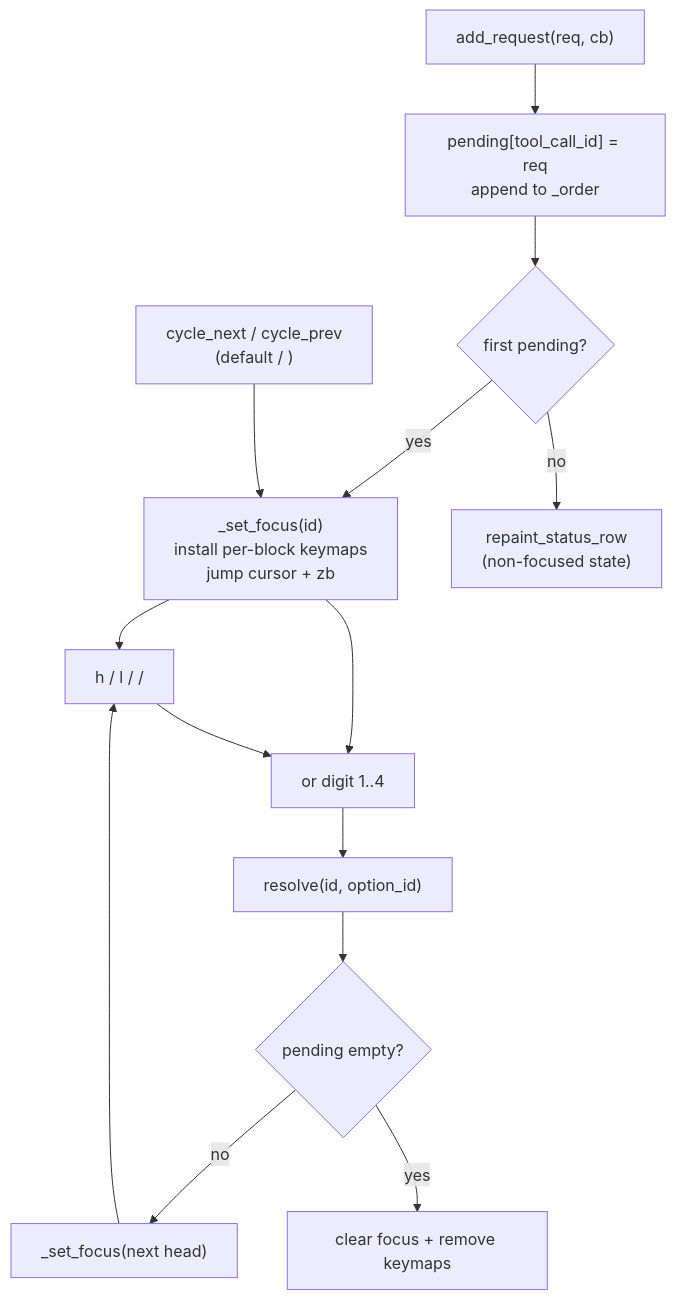
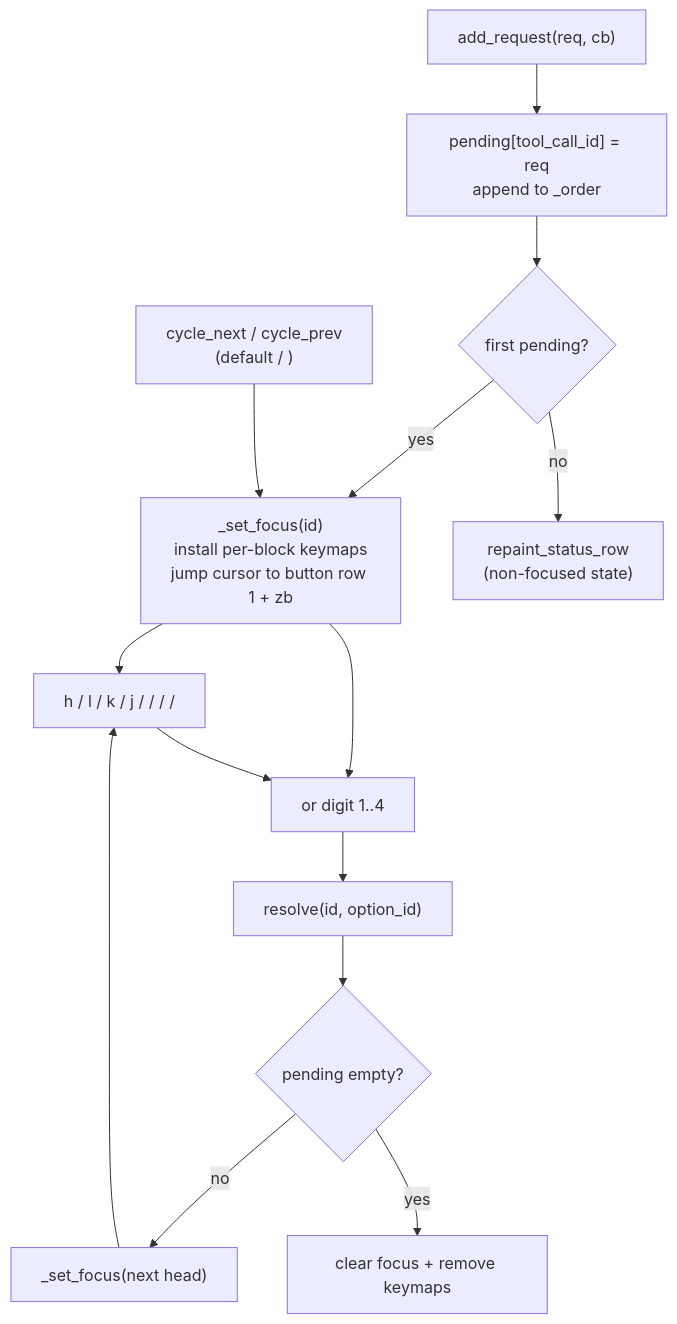
One commit to carlos-algms/agentic.nvim changed the diagram in docs/adr/0003-inline-permission-buttons.md. Above: the diagram before and after it, drawn with Mermaid. The commit also changed other lines of this file, not shown here.

Commit message:
update ADR 0003: stacked permission buttons supersede inline row N

````diff
--- a/docs/adr/0003-inline-permission-buttons.md
+++ b/docs/adr/0003-inline-permission-buttons.md
@@ -38,26 +58,26 @@
 ```mermaid
 flowchart TD
     Add["add_request(req, cb)"]
     Map["pending[tool_call_id] = req<br/>append to _order"]
     First{first pending?}
-    Focus["_set_focus(id)<br/>install per-block keymaps<br/>jump cursor + zb"]
+    Focus["_set_focus(id)<br/>install per-block keymaps<br/>jump cursor to button row 1 + zb"]
     Paint["repaint_status_row<br/>(non-focused state)"]
     Cycle["cycle_next / cycle_prev<br/>(default <C-n> / <C-p>)"]
-    Btn["h / l / <Left> / <Right>"]
+    Btn["h / l / k / j / <Left> / <Right> / <Up> / <Down>"]
     Sub["<CR> or digit 1..4"]
     Res["resolve(id, option_id)"]
     Drain{pending empty?}
     NextHead["_set_focus(next head)"]
     Clear["clear focus + remove keymaps"]
 
     Add --> Map --> First
     First -->|yes| Focus
     First -->|no| Paint
     Focus --> Btn
     Focus --> Sub
     Cycle --> Focus
     Btn --> Sub
     Sub --> Res --> Drain
     Drain -->|no| NextHead --> Btn
     Drain -->|yes| Clear
 ```
````
